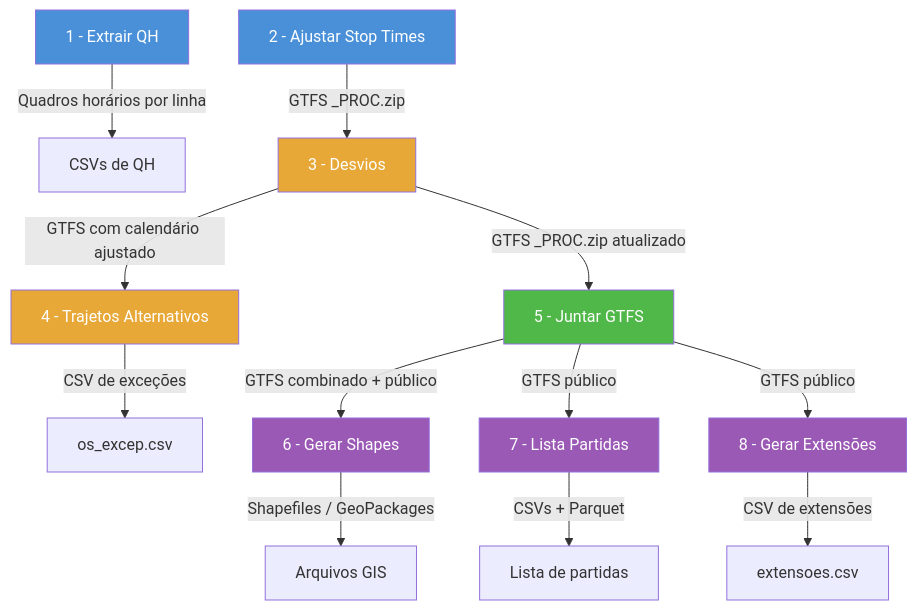
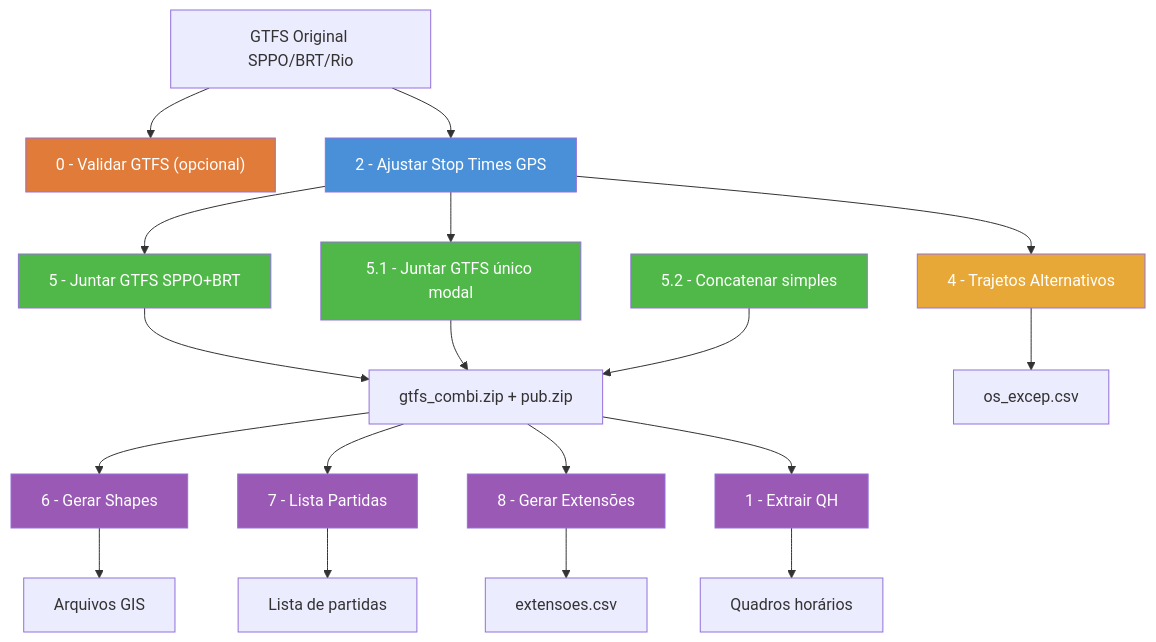
Before and after one commit to Fcsgeo82/processar_gtfs: the diagram in README.md, drawn with Mermaid. The commit also changed other lines of this file and 7 other files, not shown here.

Commit message:
feat: Nova função para geração de GTFS RIO.

````diff
--- a/README.md
+++ b/README.md
@@ -157,23 +195,49 @@
 ```mermaid
 graph TD
-    A["1 - Extrair QH"] --> |"Quadros horários por linha"| OUT1["CSVs de QH"]
-    B["2 - Ajustar Stop Times"] --> |"GTFS _PROC.zip"| C["3 - Desvios"]
-    C --> |"GTFS com calendário ajustado"| D["4 - Trajetos Alternativos"]
-    C --> |"GTFS _PROC.zip atualizado"| E["5 - Juntar GTFS"]
-    D --> |"CSV de exceções"| OUT4["os_excep.csv"]
-    E --> |"GTFS combinado + público"| F["6 - Gerar Shapes"]
-    E --> |"GTFS público"| G["7 - Lista Partidas"]
-    F --> |"Shapefiles / GeoPackages"| OUT6["Arquivos GIS"]
-    G --> |"CSVs + Parquet"| OUT7["Lista de partidas"]
-    E --> |"GTFS público"| H["8 - Gerar Extensões"]
-    H --> |"CSV de extensões"| OUT8["extensoes.csv"]
+    ENTRADA["GTFS Original SPPO/BRT/Rio"]
+    A0["0 - Validar GTFS (opcional)"]
+    B["2 - Ajustar Stop Times GPS"]
+    D["4 - Trajetos Alternativos"]
+    E5["5 - Juntar GTFS SPPO+BRT"]
+    E51["5.1 - Juntar GTFS único modal"]
+    E52["5.2 - Concatenar simples"]
+    PUB["gtfs_combi.zip + pub.zip"]
+    F["6 - Gerar Shapes"]
+    G["7 - Lista Partidas"]
+    H["8 - Gerar Extensões"]
+    A["1 - Extrair QH"]
+    OUT4["os_excep.csv"]
+    OUT6["Arquivos GIS"]
+    OUT7["Lista de partidas"]
+    OUT8["extensoes.csv"]
+    OUT1["Quadros horários"]
 
-    style A fill:#4a90d9,color:#fff
+    ENTRADA --> A0
+    ENTRADA --> B
+    B --> D
+    B --> E5
+    B --> E51
+    D --> OUT4
+    E5 --> PUB
+    E51 --> PUB
+    E52 --> PUB
+    PUB --> F
+    PUB --> G
+    PUB --> H
+    PUB --> A
+    F --> OUT6
+    G --> OUT7
+    H --> OUT8
+    A --> OUT1
+
+    style A0 fill:#e07b39,color:#fff
     style B fill:#4a90d9,color:#fff
-    style C fill:#e8a838,color:#fff
     style D fill:#e8a838,color:#fff
-    style E fill:#50b848,color:#fff
+    style E5 fill:#50b848,color:#fff
+    style E51 fill:#50b848,color:#fff
+    style E52 fill:#50b848,color:#fff
     style F fill:#9b59b6,color:#fff
     style G fill:#9b59b6,color:#fff
     style H fill:#9b59b6,color:#fff
+    style A fill:#9b59b6,color:#fff
 ```
````
